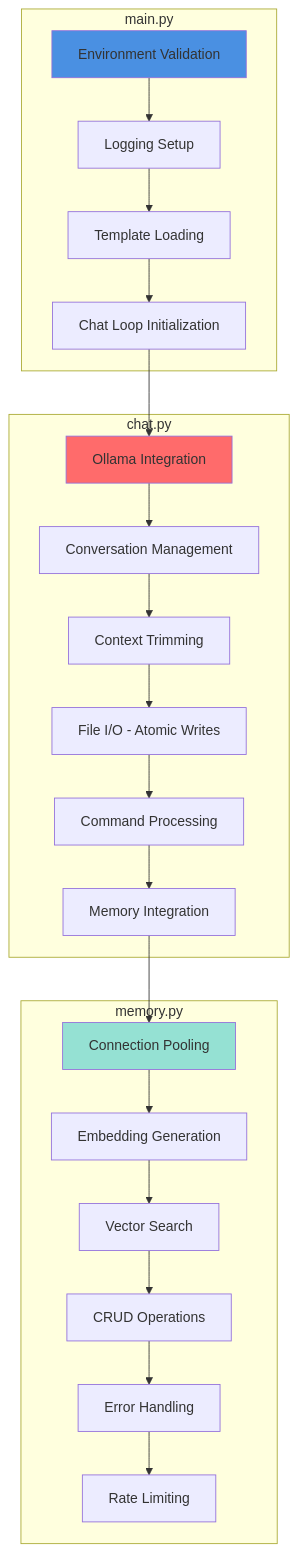
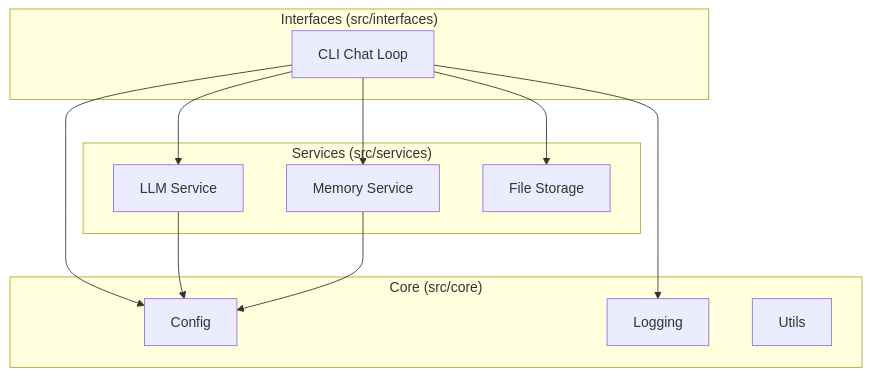
Before and after one commit to anchildress1/my-hermantic-agent: the third of 4 diagrams in docs/system-architecture.md, drawn with Mermaid. The commit also changed other lines of this file and 44 other files, not shown here.

First line of the commit message:
refactor: restructure project to service-oriented architecture

````diff
--- a/docs/system-architecture.md
+++ b/docs/system-architecture.md
@@ -137,43 +91,32 @@
 ```mermaid
 ---
 config:
   accessibility:
     - label: Component Responsibilities
     - description: Diagram describing component responsibilities across modules
 ---
 graph TD
-    subgraph "main.py"
-        A1[Environment Validation]
-        A2[Logging Setup]
-        A3[Template Loading]
-        A4[Chat Loop Initialization]
+    subgraph "Core (src/core)"
+        Core1[Config]
+        Core2[Logging]
+        Core3[Utils]
     end
 
-    subgraph "chat.py"
-        B1[Ollama Integration]
-        B2[Conversation Management]
-        B3[Context Trimming]
-        B4[File I/O - Atomic Writes]
-        B5[Command Processing]
-        B6[Memory Integration]
+    subgraph "Services (src/services)"
+        Serv1[LLM Service]
+        Serv2[Memory Service]
+        Serv3[File Storage]
     end
 
-    subgraph "memory.py"
-        C1[Connection Pooling]
-        C2[Embedding Generation]
-        C3[Vector Search]
-        C4[CRUD Operations]
-        C5[Error Handling]
-        C6[Rate Limiting]
+    subgraph "Interfaces (src/interfaces)"
+        CLI[CLI Chat Loop]
     end
 
-    A1 --> A2 --> A3 --> A4
-    A4 --> B1
-    B1 --> B2 --> B3 --> B4 --> B5 --> B6
-    B6 --> C1
-    C1 --> C2 --> C3 --> C4 --> C5 --> C6
-
-    style A1 fill:#4A90E2
-    style B1 fill:#FF6B6B
-    style C1 fill:#95E1D3
+    CLI --> Core1
+    CLI --> Core2
+    CLI --> Serv1
+    CLI --> Serv2
+    CLI --> Serv3
+    Serv1 --> Core1
+    Serv2 --> Core1
 ```
````
